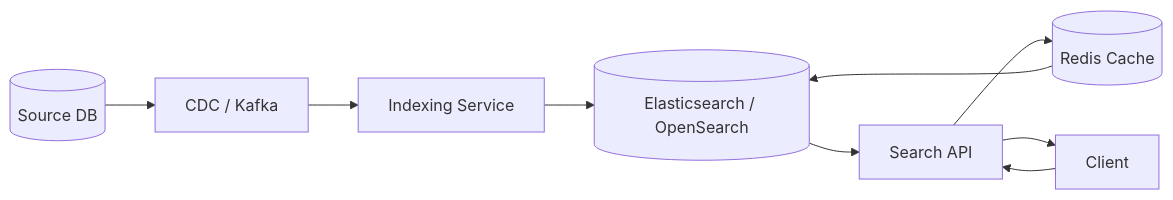
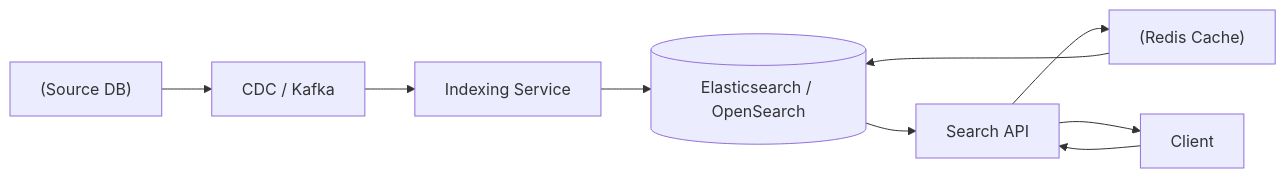
Before and after one commit to pankajThakur1874/studysheet: the first of 3 diagrams in files/System-Design-Questions/10_search_autocomplete.md, drawn with Mermaid. The commit also changed other lines of this file and 102 other files, not shown here.

Commit message:
Auto-fix Mermaid diagram syntax across all study guides to prevent Syntax Error in Mermaid v10

````diff
--- a/files/System-Design-Questions/10_search_autocomplete.md
+++ b/files/System-Design-Questions/10_search_autocomplete.md
@@ -61,11 +61,11 @@
 ```mermaid
 flowchart LR
-    DB[(Source DB)] --> CDC[CDC / Kafka]
+    DB["(Source DB)"] --> CDC["CDC / Kafka"]
     CDC --> IDX[Indexing Service]
-    IDX --> ES[(Elasticsearch / OpenSearch)]
+    IDX --> ES[("Elasticsearch / OpenSearch")]
     C[Client] --> API[Search API]
-    API --> CACHE[(Redis Cache)]
+    API --> CACHE["(Redis Cache)"]
     CACHE --> ES
     ES --> API
     API --> C
 ```
````
